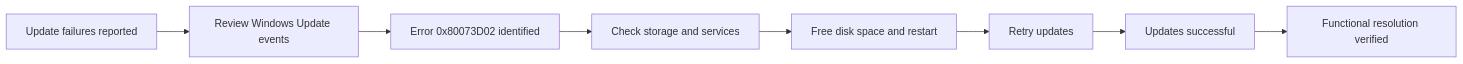
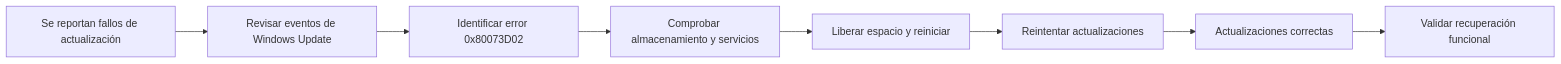
One commit to fefemora/it-portfolio-es changed the diagram in IT-Support/Windows-Troubleshooting-Lab/README.md. Above: the diagram before and after it, drawn with Mermaid. The commit also changed other lines of this file, not shown here.

Commit message:
docs(es): fully localize real Windows troubleshooting case and Mermaid flow

````diff
--- a/IT-Support/Windows-Troubleshooting-Lab/README.md
+++ b/IT-Support/Windows-Troubleshooting-Lab/README.md
@@ -20,10 +18,10 @@
 ```mermaid
 flowchart LR
-    A[Update failures reported] --> B[Review Windows Update events]
-    B --> C[Error 0x80073D02 identified]
-    C --> D[Check storage and services]
-    D --> E[Free disk space and restart]
-    E --> F[Retry updates]
-    F --> G[Updates successful]
-    G --> H[Functional resolution verified]
+    A[Se reportan fallos de actualización] --> B[Revisar eventos de Windows Update]
+    B --> C[Identificar error 0x80073D02]
+    C --> D[Comprobar almacenamiento y servicios]
+    D --> E[Liberar espacio y reiniciar]
+    E --> F[Reintentar actualizaciones]
+    F --> G[Actualizaciones correctas]
+    G --> H[Validar recuperación funcional]
 ```
````
